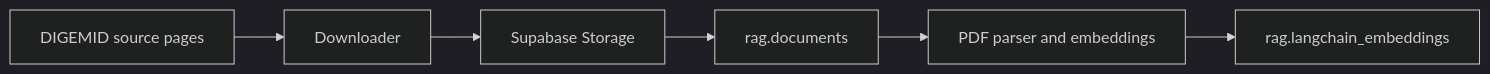
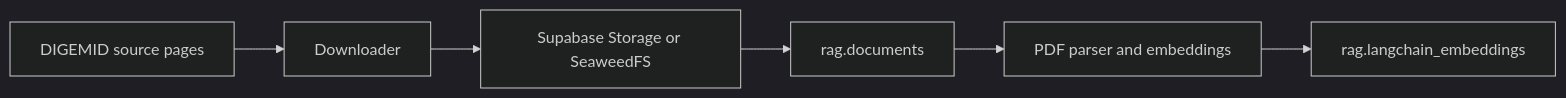
One commit to jeanpzh/digemid-farmacite-rag changed the second of 2 diagrams in README.md. Above: the diagram before and after it, drawn with Mermaid (dark theme). The commit also changed other lines of this file and 6 other files, not shown here.

````diff
--- a/README.md
+++ b/README.md
@@ -180,8 +192,8 @@
 ```mermaid
 flowchart LR
     DIGEMID[DIGEMID source pages] --> Download[Downloader]
-    Download --> Storage[Supabase Storage]
+    Download --> Storage[Supabase Storage or SeaweedFS]
     Storage --> Documents[rag.documents]
     Documents --> Index[PDF parser and embeddings]
     Index --> Vectors[rag.langchain_embeddings]
 ```
````
